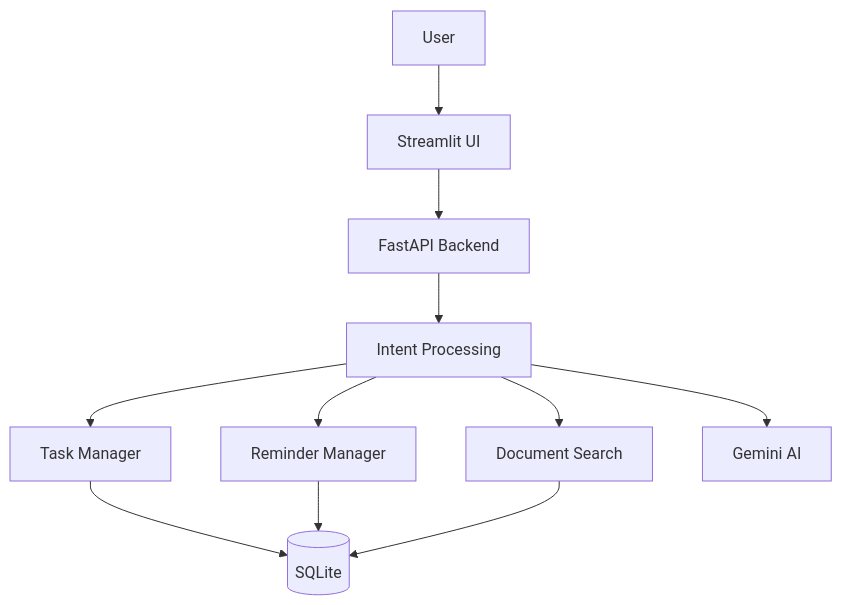
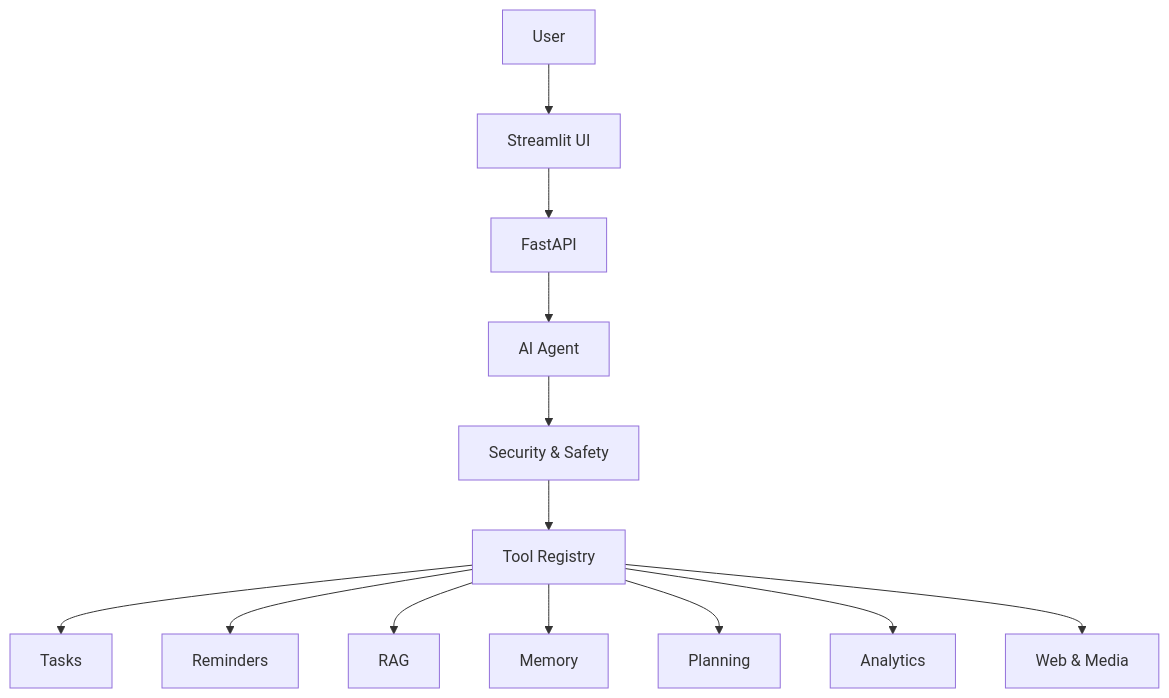
The diagram in README.md (Sunilsuni7/intelligent-ai-productivity-assistant), drawn with Mermaid before and after one commit. The commit also changed other lines of this file and 64 other files, not shown here.

````diff
--- a/README.md
+++ b/README.md
@@ -26,13 +27,16 @@
 ```mermaid
 flowchart TD
-    U[User] --> S[Streamlit UI]
-    S --> F[FastAPI Backend]
-    F --> I[Intent Processing]
-    I --> T[Task Manager]
-    I --> R[Reminder Manager]
-    I --> D[Document Search]
-    I --> G[Gemini AI]
-    T --> DB[(SQLite)]
-    R --> DB
-    D --> DB
+    A[User] --> B[Streamlit UI]
+    B --> C[FastAPI]
+    C --> D[AI Agent]
+    D --> E[Security & Safety]
+    E --> F[Tool Registry]
+
+    F --> G[Tasks]
+    F --> H[Reminders]
+    F --> I[RAG]
+    F --> J[Memory]
+    F --> K[Planning]
+    F --> L[Analytics]
+    F --> M[Web & Media]
 ```
````
